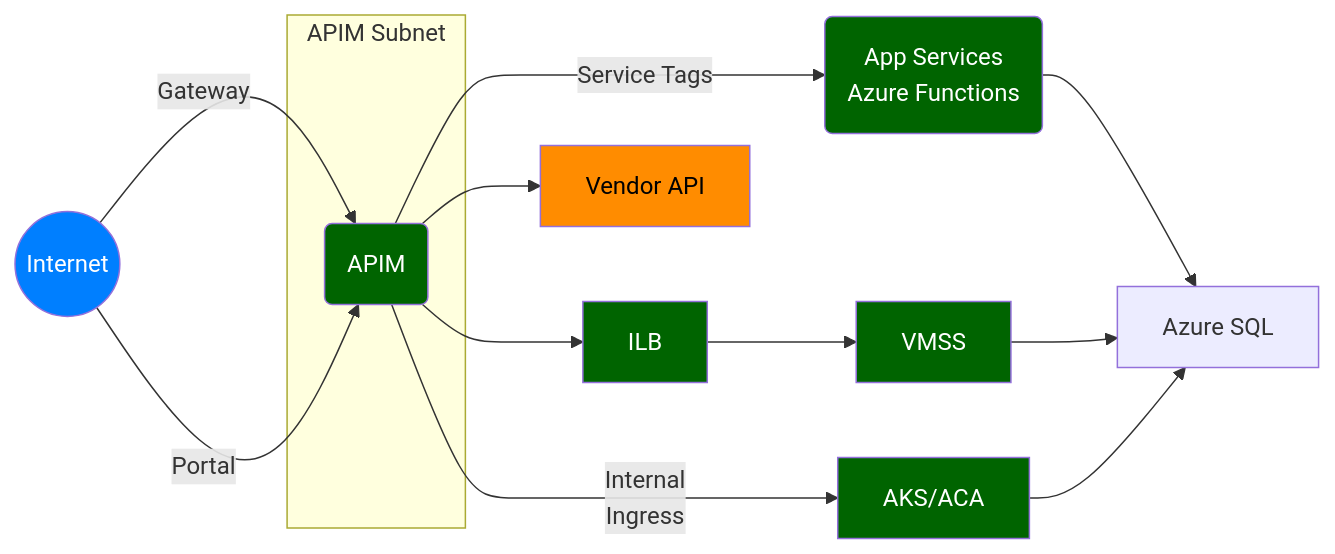
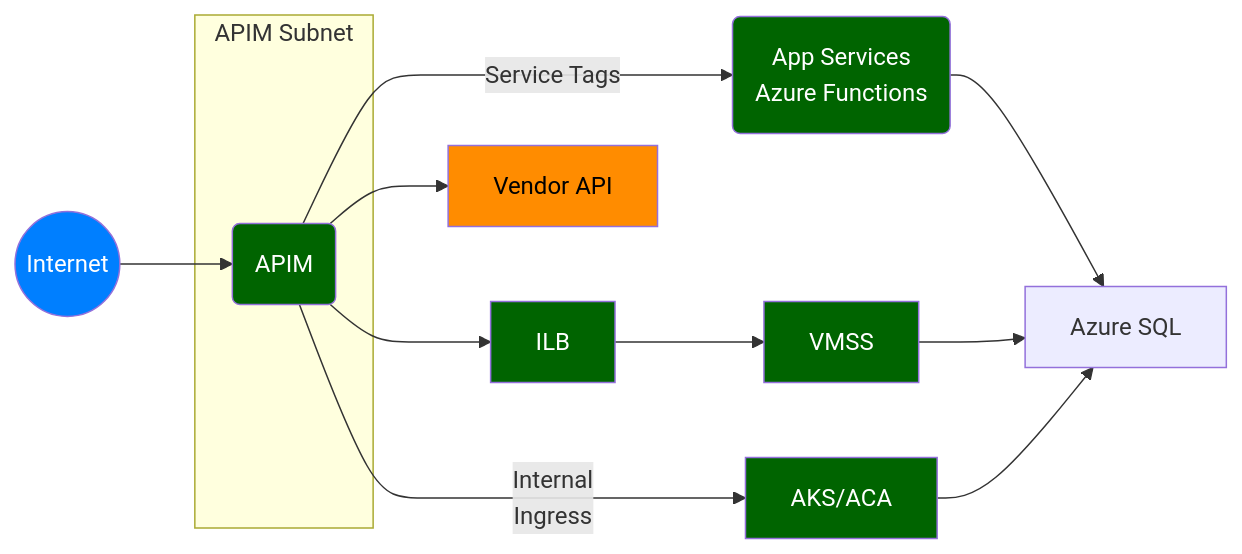
One commit to msalemor/azure-apim-networking changed the third of 4 diagrams in README.md. Above: the diagram before and after it, drawn with Mermaid. The commit also changed other lines of this file, not shown here.

````diff
--- a/README.md
+++ b/README.md
@@ -59,23 +74,22 @@
 ```mermaid
 graph LR;
-  A((Internet))--Gateway-->B;
-  A((Internet))--Portal-->B;
+  A((Internet))-->B;
   subgraph "APIM Subnet"
     B(APIM)
   end;
   B--Service Tags-->C(App Services<br/>Azure Functions);
   B-->D[ILB];
   D-->F[VMSS];
   B--Internal<br/>Ingress-->E[AKS/ACA];
   B-->G[Vendor API];
   C-->H[Azure SQL];
   F-->H;
   E-->H;
   classDef internet fill:#007FFF,color:white;
   classDef unsafe fill:#ff3333,color:white;
   classDef semisafe fill:darkorange,color:black;
   classDef safe fill:darkgreen,color:white;
   class A internet;
   class B,C,D,F,E safe;
   class G semisafe;
 ```
````
